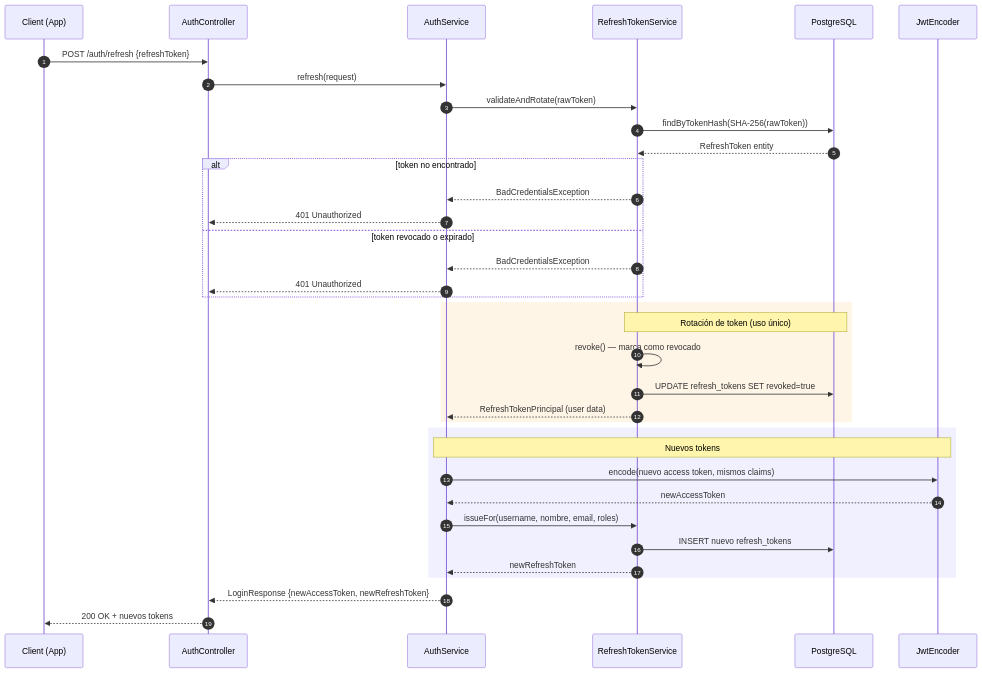
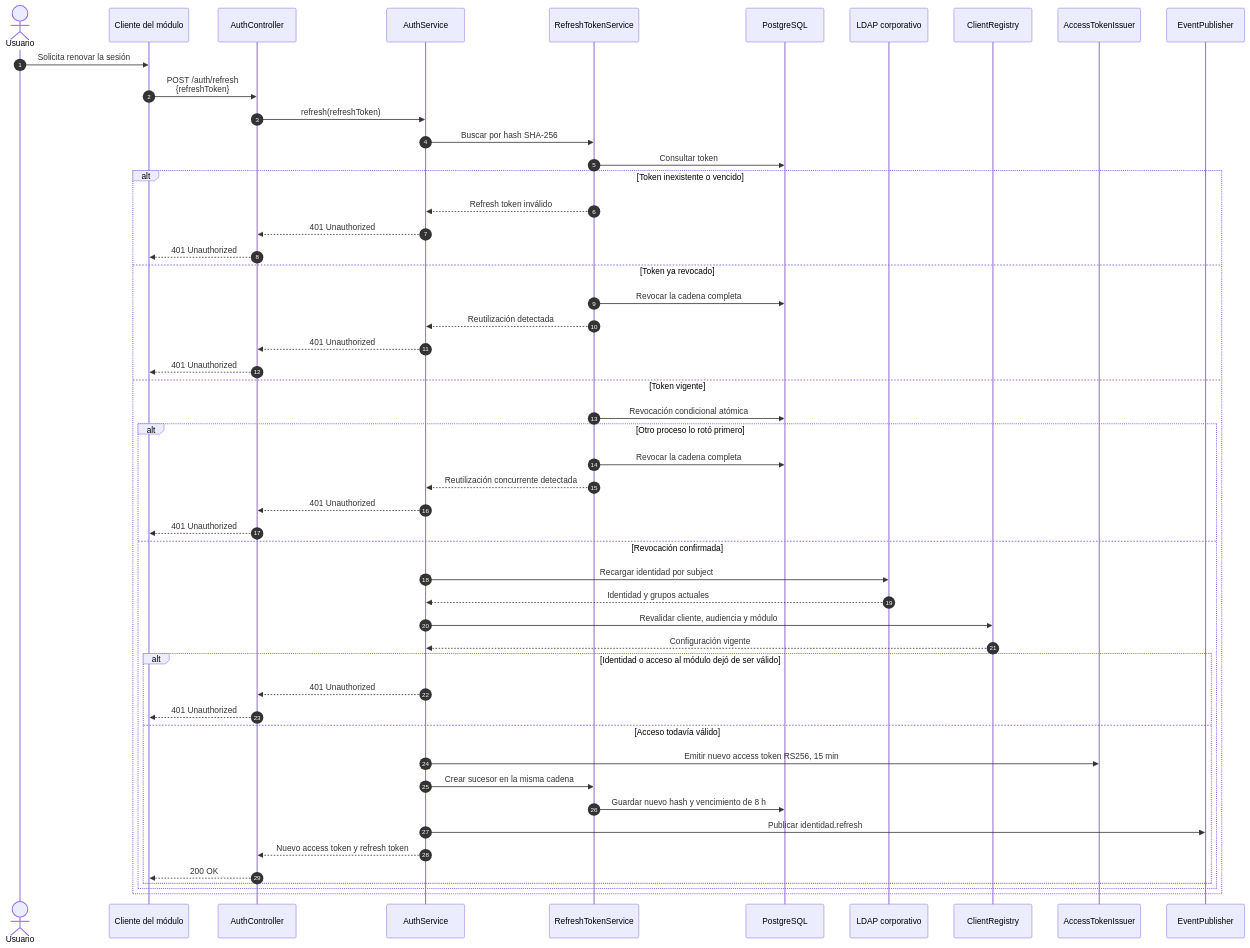
Before and after one commit to CityPass-Login-Federado/CityPass_Login_Backend: the diagram in login-federado/docs/diagrams/05-sequence-refresh.md, drawn with Mermaid. The commit also changed other lines of this file and 13 other files, not shown here.

Commit message:
Actualización y corrección de Diagramas 4+1 / C4 / Cloud con coherencia técnica.

````diff
--- a/login-federado/docs/diagrams/05-sequence-refresh.md
+++ b/login-federado/docs/diagrams/05-sequence-refresh.md
@@ -3,45 +8,54 @@
 ```mermaid
 sequenceDiagram
     autonumber
-    participant C as Client (App)
+    actor U as Usuario
+    participant C as Cliente del módulo
     participant AC as AuthController
     participant AS as AuthService
-    participant RTS as RefreshTokenService
+    participant RT as RefreshTokenService
     participant DB as PostgreSQL
-    participant JWT as JwtEncoder
+    participant LDAP as LDAP corporativo
+    participant CR as ClientRegistry
+    participant JWT as AccessTokenIssuer
+    participant EP as EventPublisher
 
-    C->>AC: POST /auth/refresh {refreshToken}
-    AC->>AS: refresh(request)
-
-    AS->>RTS: validateAndRotate(rawToken)
-    RTS->>DB: findByTokenHash(SHA-256(rawToken))
-    DB-->>RTS: RefreshToken entity
-
-    alt token no encontrado
-        RTS-->>AS: BadCredentialsException
+    U->>C: Solicita renovar la sesión
+    C->>AC: POST /auth/refresh<br/>{refreshToken}
+    AC->>AS: refresh(refreshToken)
+    AS->>RT: Buscar por hash SHA-256
+    RT->>DB: Consultar token
+    alt Token inexistente o vencido
+        RT-->>AS: Refresh token inválido
         AS-->>AC: 401 Unauthorized
-    else token revocado o expirado
-        RTS-->>AS: BadCredentialsException
+        AC-->>C: 401 Unauthorized
+    else Token ya revocado
+        RT->>DB: Revocar la cadena completa
+        RT-->>AS: Reutilización detectada
         AS-->>AC: 401 Unauthorized
+        AC-->>C: 401 Unauthorized
+    else Token vigente
+        RT->>DB: Revocación condicional atómica
+        alt Otro proceso lo rotó primero
+            RT->>DB: Revocar la cadena completa
+            RT-->>AS: Reutilización concurrente detectada
+            AS-->>AC: 401 Unauthorized
+            AC-->>C: 401 Unauthorized
+        else Revocación confirmada
+            AS->>LDAP: Recargar identidad por subject
+            LDAP-->>AS: Identidad y grupos actuales
+            AS->>CR: Revalidar cliente, audiencia y módulo
+            CR-->>AS: Configuración vigente
+            alt Identidad o acceso al módulo dejó de ser válido
+                AS-->>AC: 401 Unauthorized
+                AC-->>C: 401 Unauthorized
+            else Acceso todavía válido
+                AS->>JWT: Emitir nuevo access token RS256, 15 min
+                AS->>RT: Crear sucesor en la misma cadena
+                RT->>DB: Guardar nuevo hash y vencimiento de 8 h
+                AS->>EP: Publicar identidad.refresh
+                AS-->>AC: Nuevo access token y refresh token
+                AC-->>C: 200 OK
+            end
+        end
     end
-
-    rect rgb(255, 245, 230)
-        Note over RTS,DB: Rotación de token (uso único)
-        RTS->>RTS: revoke() — marca como revocado
-        RTS->>DB: UPDATE refresh_tokens SET revoked=true
-        RTS-->>AS: RefreshTokenPrincipal (user data)
-    end
-
-    rect rgb(240, 240, 255)
-        Note over AS,JWT: Nuevos tokens
-        AS->>JWT: encode(nuevo access token, mismos claims)
-        JWT-->>AS: newAccessToken
-
-        AS->>RTS: issueFor(username, nombre, email, roles)
-        RTS->>DB: INSERT nuevo refresh_tokens
-        RTS-->>AS: newRefreshToken
-    end
-
-    AS-->>AC: LoginResponse {newAccessToken, newRefreshToken}
-    AC-->>C: 200 OK + nuevos tokens
 ```
````
